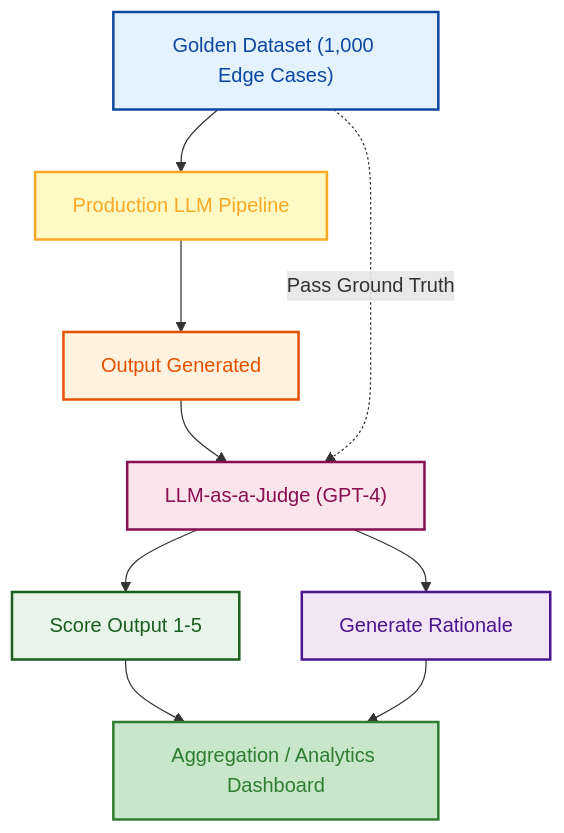
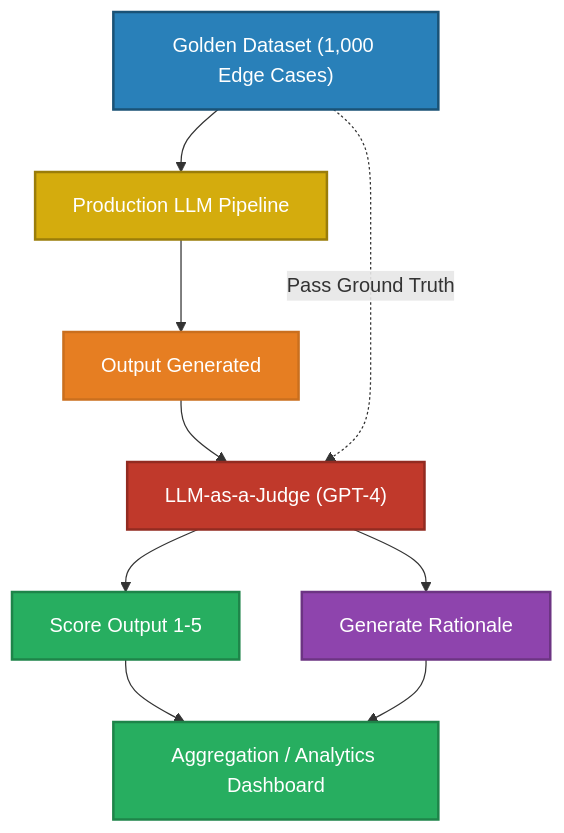
Before and after one commit to GyanendraChaubey/AI-Engineering-Notes: the first of 2 diagrams in docs/10-evaluation/README.md, drawn with Mermaid. The commit also changed other lines of this file and 15 other files, not shown here.

Commit message:
style: replace all Mermaid diagram colors with saturated palette + white text for dark mode compatibility (321 changes across 16 files)

````diff
--- a/docs/10-evaluation/README.md
+++ b/docs/10-evaluation/README.md
@@ -46,22 +46,22 @@
 ```mermaid
 flowchart TD
     A["Golden Dataset (1,000 Edge Cases)"] --> B["Production LLM Pipeline"]
     
     B --> C["Output Generated"]
     
     C --> D["LLM-as-a-Judge (GPT-4)"]
     A -.->|"Pass Ground Truth"| D
     
     D --> E["Score Output 1-5"]
     D --> F["Generate Rationale"]
     
     E --> G["Aggregation / Analytics Dashboard"]
     F --> G
-    style A fill:#e3f2fd,stroke:#0d47a1,stroke-width:2px,color:#0d47a1
-    style B fill:#fff9c4,stroke:#f9a825,stroke-width:2px,color:#f9a825
-    style C fill:#fff3e0,stroke:#e65100,stroke-width:2px,color:#e65100
-    style D fill:#fce4ec,stroke:#880e4f,stroke-width:2px,color:#880e4f
-    style E fill:#e8f5e9,stroke:#1b5e20,stroke-width:2px,color:#1b5e20
-    style F fill:#f3e5f5,stroke:#4a148c,stroke-width:2px,color:#4a148c
-    style G fill:#c8e6c9,stroke:#2e7d32,stroke-width:2px,color:#2e7d32
+    style A fill:#2980B9,stroke:#1A5276,stroke-width:2px,color:#FFFFFF
+    style B fill:#D4AC0D,stroke:#9A7D0A,stroke-width:2px,color:#FFFFFF
+    style C fill:#E67E22,stroke:#CA6F1E,stroke-width:2px,color:#FFFFFF
+    style D fill:#C0392B,stroke:#922B21,stroke-width:2px,color:#FFFFFF
+    style E fill:#27AE60,stroke:#1E8449,stroke-width:2px,color:#FFFFFF
+    style F fill:#8E44AD,stroke:#6C3483,stroke-width:2px,color:#FFFFFF
+    style G fill:#27AE60,stroke:#1E8449,stroke-width:2px,color:#FFFFFF
 ```
````
